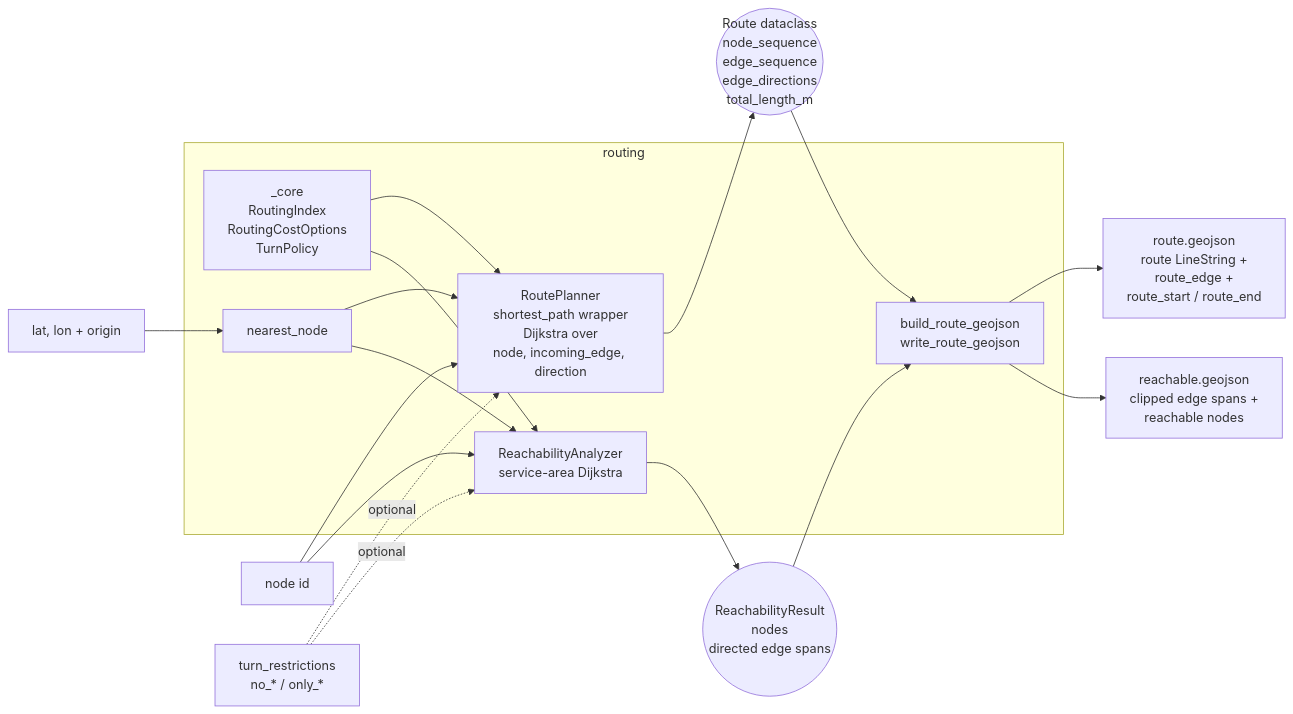
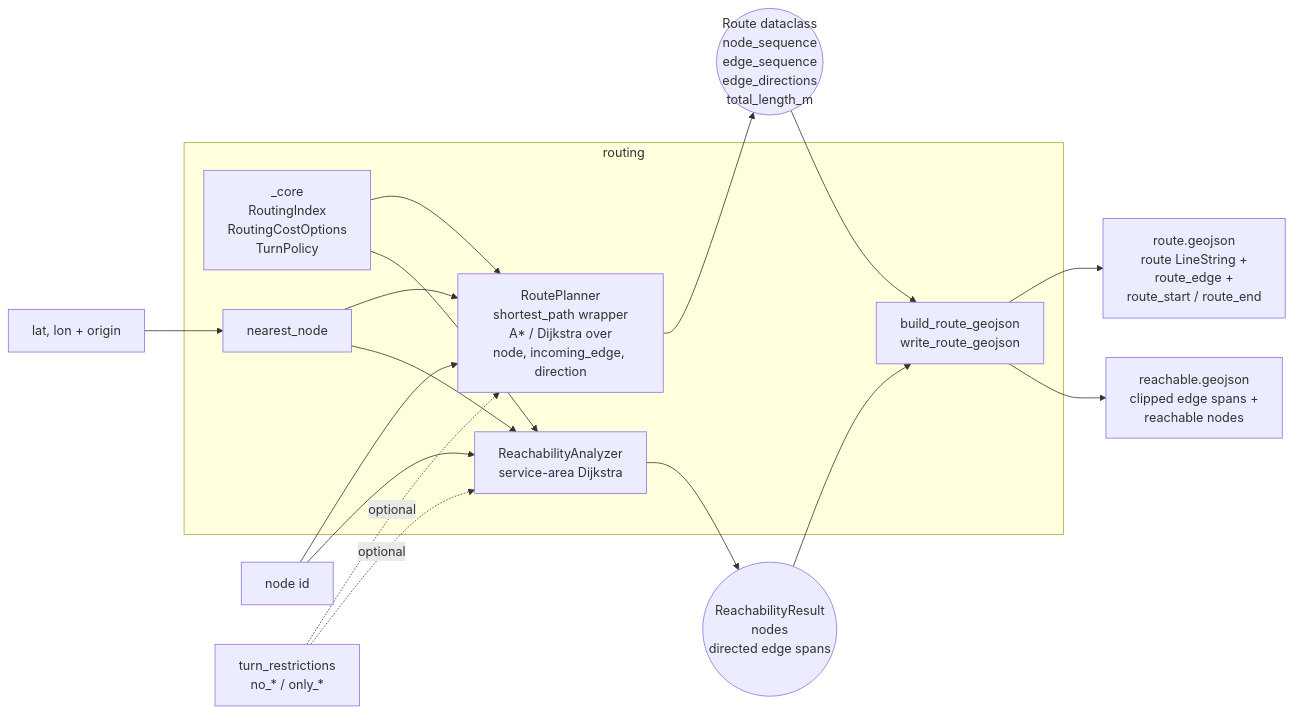
The fifth of 6 diagrams in docs/ARCHITECTURE.md (rsasaki0109/roadgraph_builder), drawn with Mermaid before and after one commit. The commit also changed other lines of this file and 11 other files, not shown here.

````diff
--- a/docs/ARCHITECTURE.md
+++ b/docs/ARCHITECTURE.md
@@ -285,23 +285,23 @@
 ```mermaid
 flowchart LR
     subgraph routing
         CORE[_core<br/>RoutingIndex<br/>RoutingCostOptions<br/>TurnPolicy]
-        SP[RoutePlanner<br/>shortest_path wrapper<br/>Dijkstra over<br/>node, incoming_edge, direction]
+        SP[RoutePlanner<br/>shortest_path wrapper<br/>A* / Dijkstra over<br/>node, incoming_edge, direction]
         RA[ReachabilityAnalyzer<br/>service-area Dijkstra]
         NN[nearest_node]
         RGJ[build_route_geojson<br/>write_route_geojson]
     end
 
     CORE --> SP
     CORE --> RA
     N[node id] --> SP
     N --> RA
     LL[lat, lon + origin] --> NN --> SP
     NN --> RA
     TR[turn_restrictions<br/>no_* / only_*] -.optional.-> SP
     TR -.optional.-> RA
     SP --> Route((Route dataclass<br/>node_sequence<br/>edge_sequence<br/>edge_directions<br/>total_length_m))
     RA --> Reach((ReachabilityResult<br/>nodes<br/>directed edge spans))
     Route --> RGJ --> GJ[route.geojson<br/>route LineString +<br/>route_edge +<br/>route_start / route_end]
     Reach --> RGJ --> RG[reachable.geojson<br/>clipped edge spans +<br/>reachable nodes]
 ```
````
